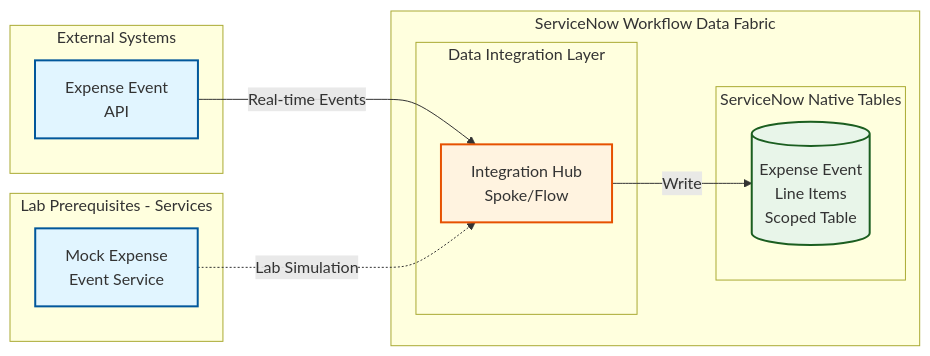
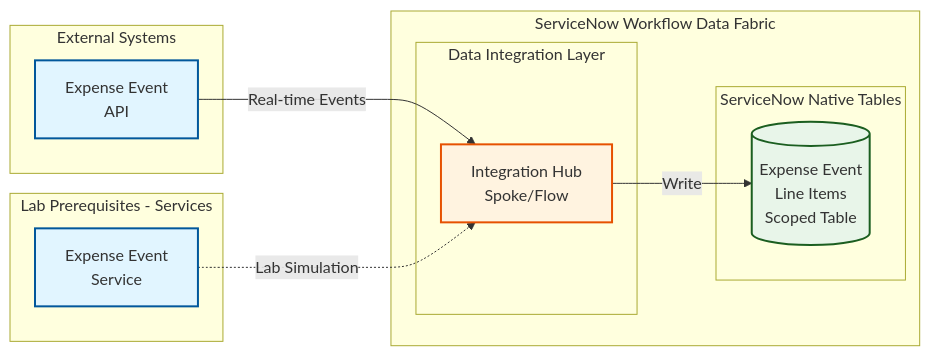
The diagram in 1_Fundamentals.md (leojacinto/WorkflowDataFabric-TypeA), drawn with Mermaid before and after one commit. The commit also changed other lines of this file, not shown here.

````diff
--- a/1_Fundamentals.md
+++ b/1_Fundamentals.md
@@ -4,35 +5,35 @@
 ```mermaid
 graph LR
     subgraph "ServiceNow Workflow Data Fabric"
         subgraph "Data Integration Layer"
             IntHub[Integration Hub<br/>Spoke/Flow]
         end
 
         subgraph "ServiceNow Native Tables"
             ExpenseTable[(Expense Event<br/>Line Items<br/>Scoped Table)]
         end
     end
 
     subgraph "External Systems"
         ExpenseAPI[Expense Event<br/>API]
     end
 
     subgraph "Lab Prerequisites - Services"
-        MockExpense[Mock Expense<br/>Event Service]
+        MockExpense[Expense Event<br/>Service]
     end
 
     %% Data Flow Connections
     ExpenseAPI -->|Real-time Events| IntHub
     MockExpense -.->|Lab Simulation| IntHub
     IntHub -->|Write| ExpenseTable
 
     %% Styling
     classDef external fill:#e1f5ff,stroke:#01579b,stroke-width:2px
     classDef integration fill:#fff3e0,stroke:#e65100,stroke-width:2px
     classDef native fill:#e8f5e9,stroke:#1b5e20,stroke-width:2px
 
     class ExpenseAPI external
     class IntHub integration
     class ExpenseTable native
     class MockExpense external
 ```
````
